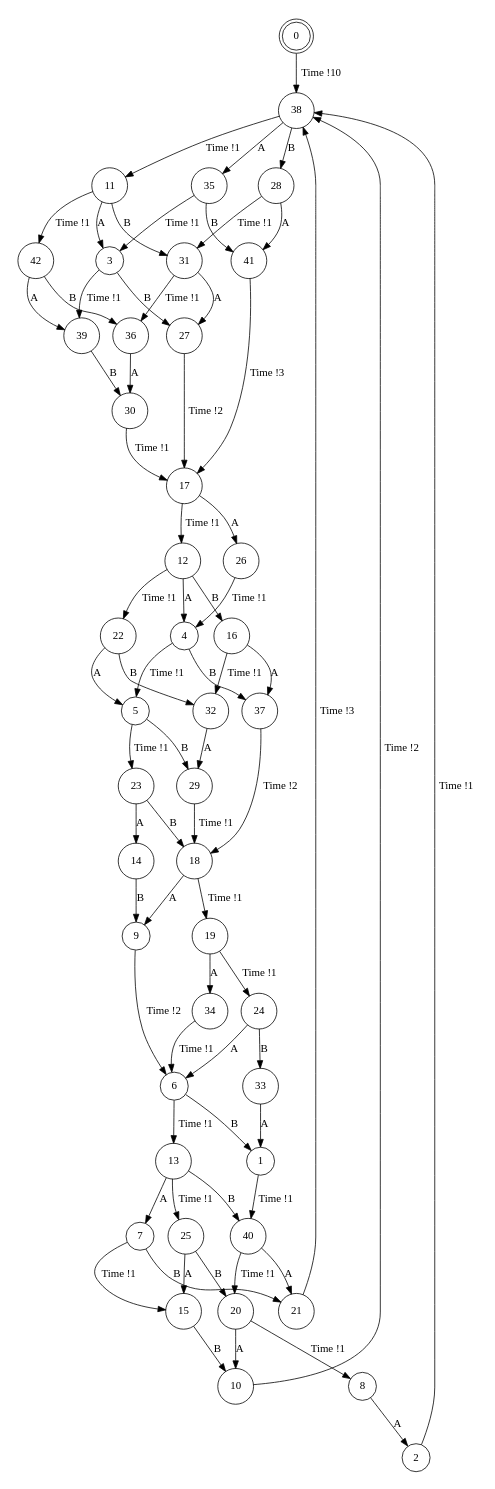
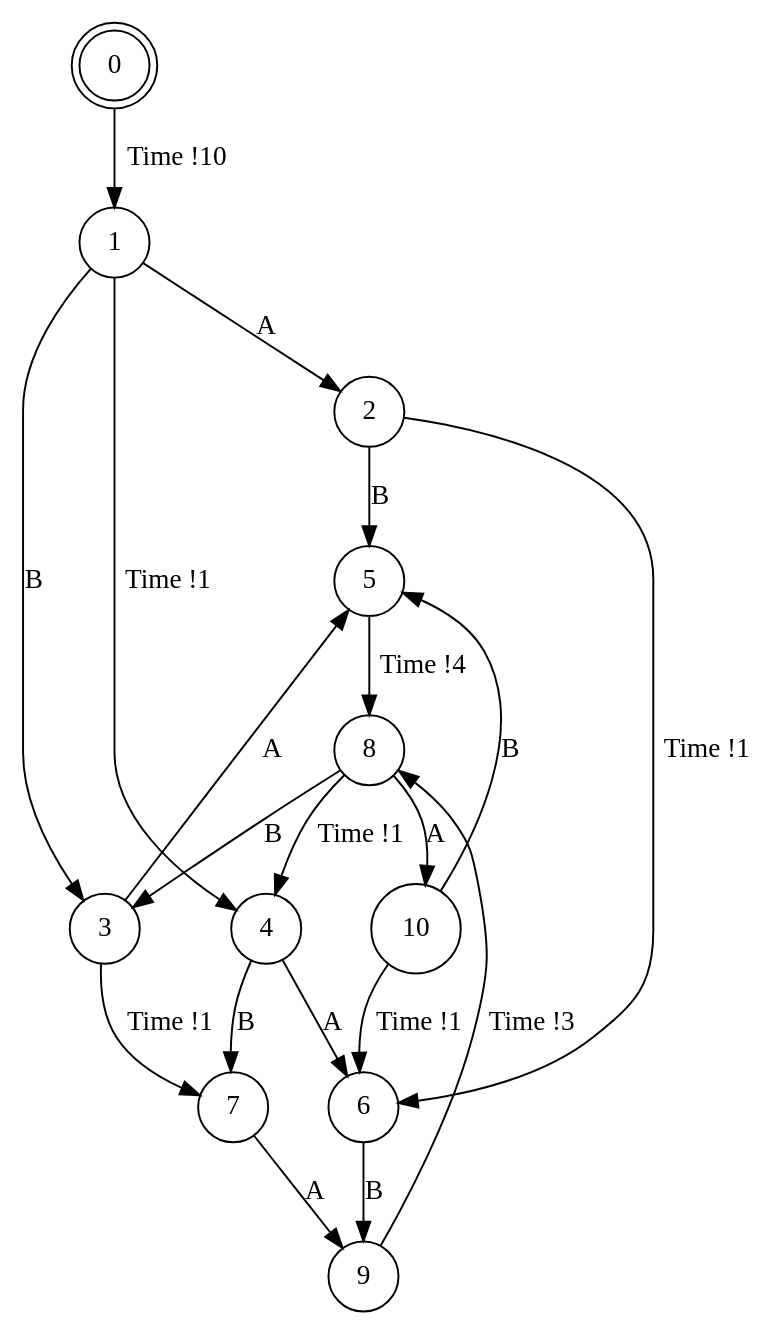
One commit to irmanfaqrizal/ptsv changed the diagram in experiments/example/simple-min.dot. Above: the diagram before and after it, drawn with Graphviz. The commit also changed 142 other files, not shown here.

```diff
--- a/experiments/example/simple-min.dot
+++ b/experiments/example/simple-min.dot
@@ -1,76 +1,25 @@
 digraph BCG {
 size = "7, 10.5";
 center = TRUE;
 node [shape = circle];
 0 [peripheries = 2];
-0 -> 38 [label = "Time !10"];
-1 -> 40 [label = "Time !1"];
-2 -> 38 [label = "Time !1"];
-3 -> 39 [label = "Time !1"];
-3 -> 27 [label = "B"];
-4 -> 37 [label = "B"];
-4 -> 5 [label = "Time !1"];
-5 -> 23 [label = "Time !1"];
-5 -> 29 [label = "B"];
-6 -> 1 [label = "B"];
-6 -> 13 [label = "Time !1"];
-7 -> 15 [label = "Time !1"];
-7 -> 21 [label = "B"];
-8 -> 2 [label = "A"];
-9 -> 6 [label = "Time !2"];
-10 -> 38 [label = "Time !2"];
-11 -> 42 [label = "Time !1"];
-11 -> 3 [label = "A"];
-11 -> 31 [label = "B"];
-12 -> 4 [label = "A"];
-12 -> 16 [label = "B"];
-12 -> 22 [label = "Time !1"];
-13 -> 40 [label = "B"];
-13 -> 7 [label = "A"];
-13 -> 25 [label = "Time !1"];
-14 -> 9 [label = "B"];
-15 -> 10 [label = "B"];
-16 -> 37 [label = "A"];
-16 -> 32 [label = "Time !1"];
-17 -> 12 [label = "Time !1"];
-17 -> 26 [label = "A"];
-18 -> 9 [label = "A"];
-18 -> 19 [label = "Time !1"];
-19 -> 34 [label = "A"];
-19 -> 24 [label = "Time !1"];
-20 -> 8 [label = "Time !1"];
-20 -> 10 [label = "A"];
-21 -> 38 [label = "Time !3"];
-22 -> 5 [label = "A"];
-22 -> 32 [label = "B"];
-23 -> 14 [label = "A"];
-23 -> 18 [label = "B"];
-24 -> 6 [label = "A"];
-24 -> 33 [label = "B"];
-25 -> 15 [label = "A"];
-25 -> 20 [label = "B"];
-26 -> 4 [label = "Time !1"];
-27 -> 17 [label = "Time !2"];
-28 -> 41 [label = "A"];
-28 -> 31 [label = "Time !1"];
-29 -> 18 [label = "Time !1"];
-30 -> 17 [label = "Time !1"];
-31 -> 36 [label = "Time !1"];
-31 -> 27 [label = "A"];
-32 -> 29 [label = "A"];
-33 -> 1 [label = "A"];
-34 -> 6 [label = "Time !1"];
-35 -> 41 [label = "B"];
-35 -> 3 [label = "Time !1"];
-36 -> 30 [label = "A"];
-37 -> 18 [label = "Time !2"];
-38 -> 35 [label = "A"];
-38 -> 11 [label = "Time !1"];
-38 -> 28 [label = "B"];
-39 -> 30 [label = "B"];
-40 -> 20 [label = "Time !1"];
-40 -> 21 [label = "A"];
-41 -> 17 [label = "Time !3"];
-42 -> 36 [label = "B"];
-42 -> 39 [label = "A"];
+0 -> 1 [label = "Time !10"];
+1 -> 2 [label = "A"];
+1 -> 3 [label = "B"];
+1 -> 4 [label = "Time !1"];
+2 -> 5 [label = "B"];
+2 -> 6 [label = "Time !1"];
+3 -> 5 [label = "A"];
+3 -> 7 [label = "Time !1"];
+4 -> 6 [label = "A"];
+4 -> 7 [label = "B"];
+5 -> 8 [label = "Time !4"];
+6 -> 9 [label = "B"];
+7 -> 9 [label = "A"];
+8 -> 10 [label = "A"];
+8 -> 3 [label = "B"];
+8 -> 4 [label = "Time !1"];
+9 -> 8 [label = "Time !3"];
+10 -> 5 [label = "B"];
+10 -> 6 [label = "Time !1"];
 }
```
